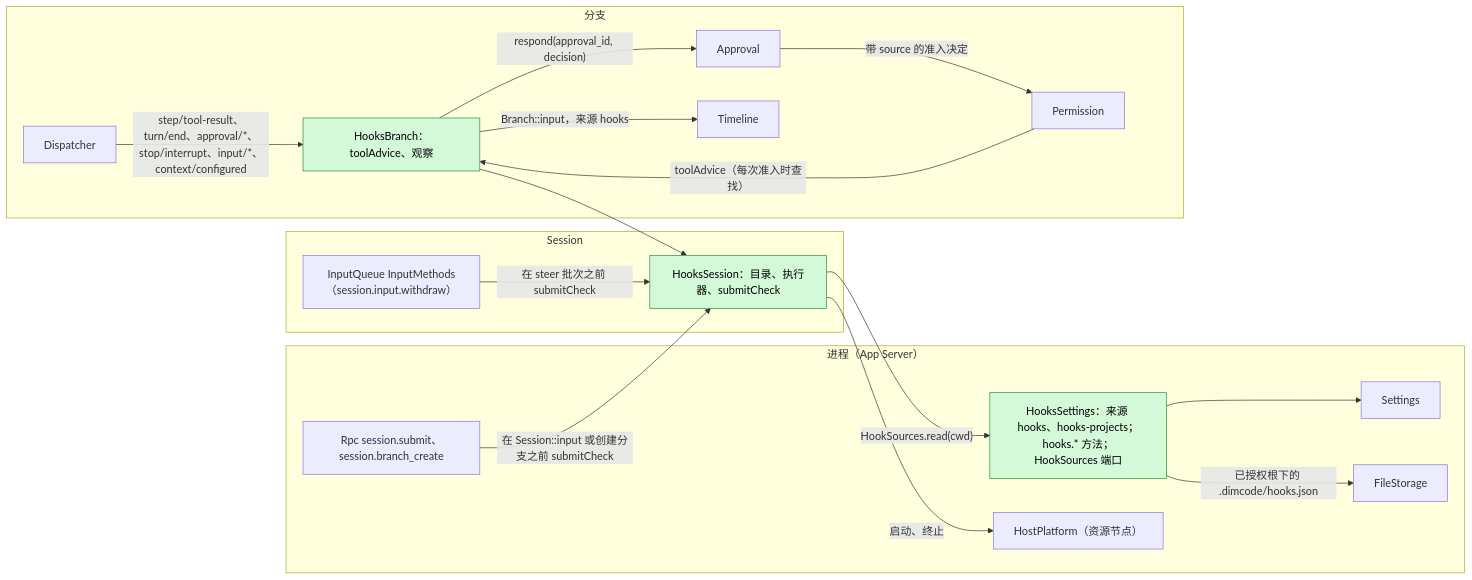
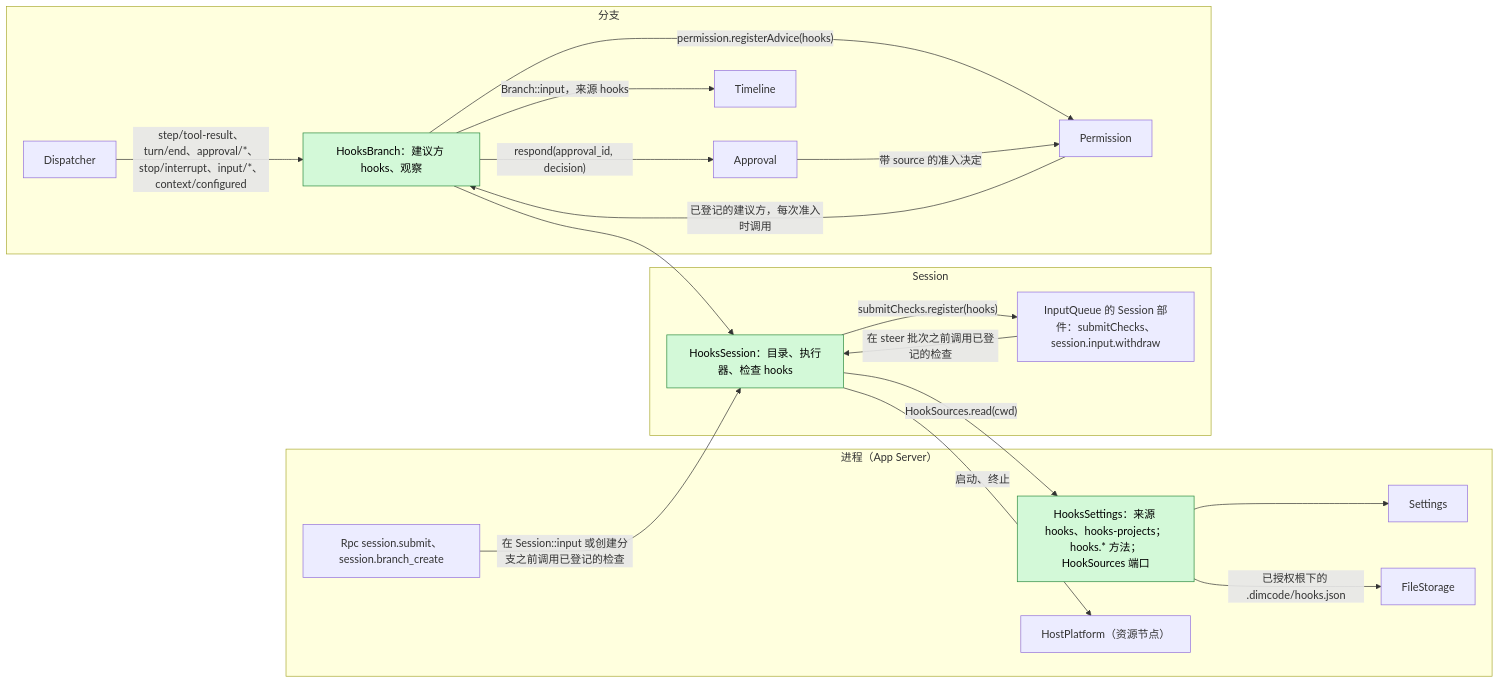
One commit to CoutinhoTTS/dim-agent changed the first of 6 diagrams in docs/zh/design/plugins/Hooks.md. Above: the diagram before and after it, drawn with Mermaid. The commit also changed other lines of this file and 11 other files, not shown here.

First line of the commit message:
Contributions to Permission and the input entries register with their owner (P6)

````diff
--- a/docs/zh/design/plugins/Hooks.md
+++ b/docs/zh/design/plugins/Hooks.md
@@ -38,34 +38,36 @@
 ```mermaid
 flowchart LR
   subgraph PROC["进程（App Server）"]
     HSet["HooksSettings：来源 hooks、hooks-projects；hooks.* 方法；HookSources 端口"]:::new
     Settings["Settings"]
     FS["FileStorage"]
     Rpc["Rpc session.submit、session.branch_create"]
     HP["HostPlatform（资源节点）"]
   end
   subgraph SESS["Session"]
-    HS["HooksSession：目录、执行器、submitCheck"]:::new
-    IM["InputQueue InputMethods（session.input.withdraw）"]
+    HS["HooksSession：目录、执行器、检查 hooks"]:::new
+    IM["InputQueue 的 Session 部件：submitChecks、session.input.withdraw"]
   end
   subgraph BR["分支"]
-    HB["HooksBranch：toolAdvice、观察"]:::new
+    HB["HooksBranch：建议方 hooks、观察"]:::new
     AP["Approval"]
     PM["Permission"]
     TL["Timeline"]
     DP["Dispatcher"]
   end
   HSet --> Settings
   HSet -->|"已授权根下的 .dimcode/hooks.json"| FS
   HS -->|"HookSources.read(cwd)"| HSet
   HS -->|"启动、终止"| HP
-  Rpc -->|"在 Session::input 或创建分支之前 submitCheck"| HS
-  IM -->|"在 steer 批次之前 submitCheck"| HS
+  HS -->|"submitChecks.register(hooks)"| IM
+  Rpc -->|"在 Session::input 或创建分支之前调用已登记的检查"| HS
+  IM -->|"在 steer 批次之前调用已登记的检查"| HS
   HB --> HS
+  HB -->|"permission.registerAdvice(hooks)"| PM
   AP -->|"带 source 的准入决定"| PM
-  PM -->|"toolAdvice（每次准入时查找）"| HB
+  PM -->|"已登记的建议方，每次准入时调用"| HB
   HB -->|"respond(approval_id, decision)"| AP
   HB -->|"Branch::input，来源 hooks"| TL
   DP -->|"step/tool-result、turn/end、approval/*、stop/interrupt、input/*、context/configured"| HB
   classDef new fill:#d3f9d8,stroke:#2b8a3e,color:#000
 ```
````
